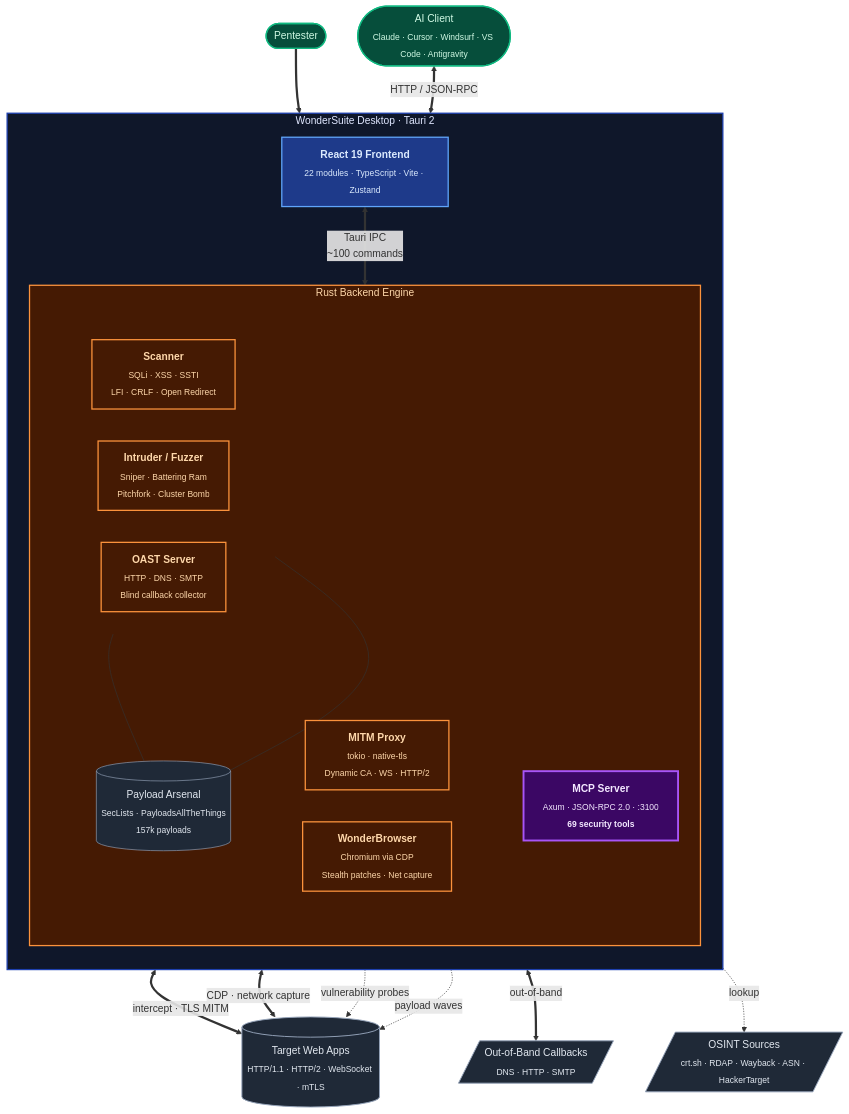
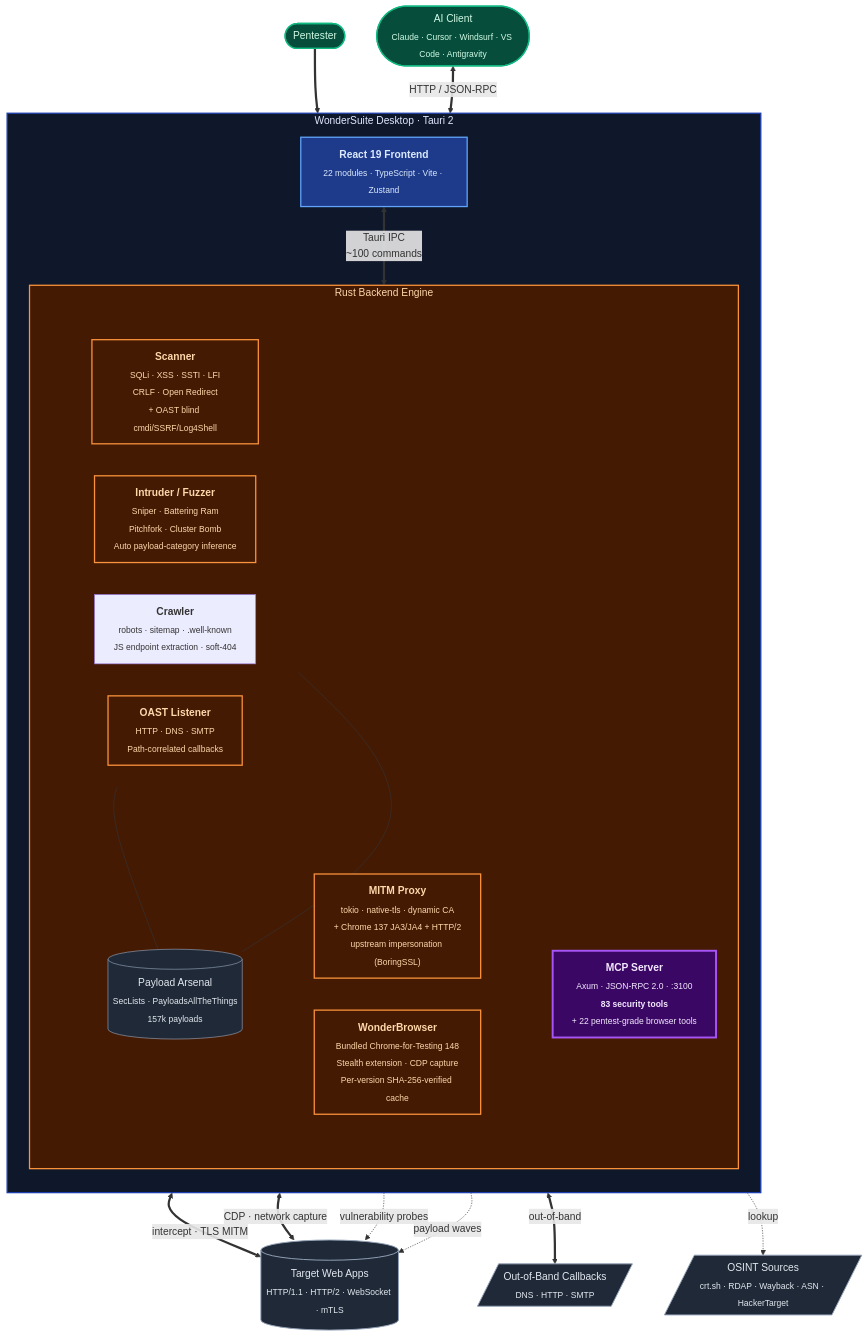
Before and after one commit to sfr-development/WonderSuite-Ai-Bug-Bounty: the diagram in README.md, drawn with Mermaid. The commit also changed other lines of this file and 47 other files, not shown here.

````diff
--- a/README.md
+++ b/README.md
@@ -174,68 +181,69 @@
 ```mermaid
 flowchart TB
     pentester(["Pentester"])
     ai(["AI Client<br/><sub>Claude · Cursor · Windsurf · VS Code · Antigravity</sub>"])
 
     subgraph DT["WonderSuite Desktop · Tauri 2"]
         direction TB
 
         FE["<b>React 19 Frontend</b><br/><sub>22 modules · TypeScript · Vite · Zustand</sub>"]
 
         FE <==>|"Tauri IPC<br/>~100 commands"| BE
 
         subgraph BE["Rust Backend Engine"]
             direction TB
 
             subgraph CORE[" "]
                 direction LR
-                Proxy["<b>MITM Proxy</b><br/><sub>tokio · native-tls<br/>Dynamic CA · WS · HTTP/2</sub>"]
-                Browser["<b>WonderBrowser</b><br/><sub>Chromium via CDP<br/>Stealth patches · Net capture</sub>"]
+                Proxy["<b>MITM Proxy</b><br/><sub>tokio · native-tls · dynamic CA<br/>+ Chrome 137 JA3/JA4 + HTTP/2<br/>upstream impersonation (BoringSSL)</sub>"]
+                Browser["<b>WonderBrowser</b><br/><sub>Bundled Chrome-for-Testing 148<br/>Stealth extension · CDP capture<br/>Per-version SHA-256-verified cache</sub>"]
             end
 
             subgraph TOOLS[" "]
                 direction LR
-                Scanner["<b>Scanner</b><br/><sub>SQLi · XSS · SSTI<br/>LFI · CRLF · Open Redirect</sub>"]
-                Intruder["<b>Intruder / Fuzzer</b><br/><sub>Sniper · Battering Ram<br/>Pitchfork · Cluster Bomb</sub>"]
-                OAST["<b>OAST Server</b><br/><sub>HTTP · DNS · SMTP<br/>Blind callback collector</sub>"]
+                Scanner["<b>Scanner</b><br/><sub>SQLi · XSS · SSTI · LFI<br/>CRLF · Open Redirect<br/>+ OAST blind cmdi/SSRF/Log4Shell</sub>"]
+                Intruder["<b>Intruder / Fuzzer</b><br/><sub>Sniper · Battering Ram<br/>Pitchfork · Cluster Bomb<br/>Auto payload-category inference</sub>"]
+                Crawler["<b>Crawler</b><br/><sub>robots · sitemap · .well-known<br/>JS endpoint extraction · soft-404</sub>"]
+                OAST["<b>OAST Listener</b><br/><sub>HTTP · DNS · SMTP<br/>Path-correlated callbacks</sub>"]
             end
 
-            MCP["<b>MCP Server</b><br/><sub>Axum · JSON-RPC 2.0 · :3100<br/><b>69 security tools</b></sub>"]
+            MCP["<b>MCP Server</b><br/><sub>Axum · JSON-RPC 2.0 · :3100<br/><b>83 security tools</b><br/>+ 22 pentest-grade browser tools</sub>"]
 
             Payloads[("Payload Arsenal<br/><sub>SecLists · PayloadsAllTheThings<br/>157k payloads</sub>")]
         end
     end
 
     target[("Target Web Apps<br/><sub>HTTP/1.1 · HTTP/2 · WebSocket · mTLS</sub>")]
     osint[/"OSINT Sources<br/><sub>crt.sh · RDAP · Wayback · ASN · HackerTarget</sub>"/]
     callbacks[/"Out-of-Band Callbacks<br/><sub>DNS · HTTP · SMTP</sub>"/]
 
     pentester ==> FE
     ai <==>|"HTTP / JSON-RPC"| MCP
 
     Proxy <==>|"intercept · TLS MITM"| target
     Browser <==>|"CDP · network capture"| target
     Scanner -.->|"vulnerability probes"| target
     Intruder -.->|"payload waves"| target
     OAST <==>|"out-of-band"| callbacks
     MCP -.->|"lookup"| osint
     Scanner --- Payloads
     Intruder --- Payloads
 
     classDef person fill:#064e3b,stroke:#10b981,stroke-width:2px,color:#d1fae5
     classDef desktop fill:#0f172a,stroke:#1e40af,stroke-width:2px,color:#e0e7ff
     classDef frontend fill:#1e3a8a,stroke:#60a5fa,stroke-width:2px,color:#dbeafe
     classDef engine fill:#451a03,stroke:#fb923c,stroke-width:2px,color:#fed7aa
     classDef mcp fill:#3b0764,stroke:#a855f7,stroke-width:3px,color:#f3e8ff
     classDef payload fill:#1f2937,stroke:#94a3b8,stroke-width:1px,color:#e2e8f0
     classDef external fill:#1f2937,stroke:#94a3b8,stroke-width:1.5px,color:#e2e8f0
     classDef hidden fill:transparent,stroke:transparent
 
     class pentester,ai person
     class DT desktop
     class FE frontend
     class BE,Proxy,Browser,Scanner,Intruder,OAST engine
     class MCP mcp
     class Payloads payload
     class target,osint,callbacks external
     class CORE,TOOLS hidden
 ```
````
